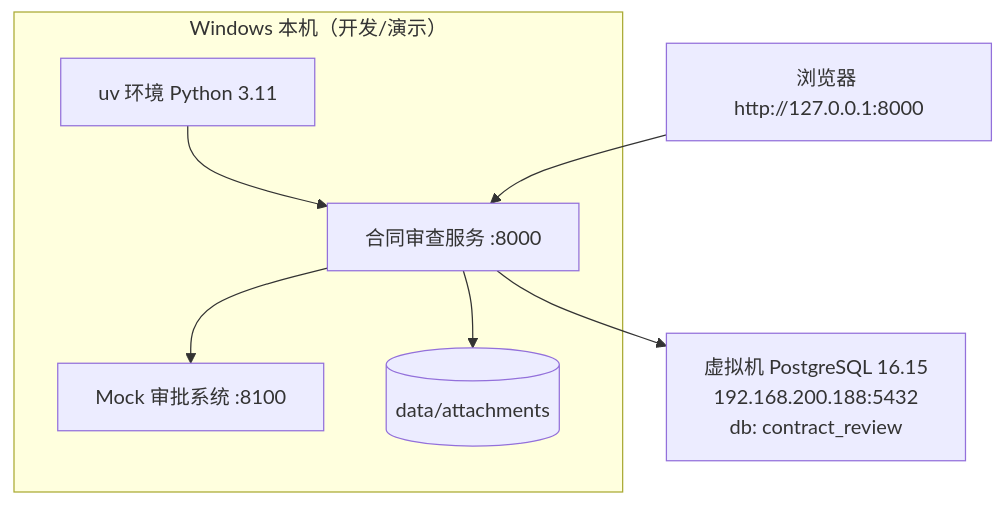
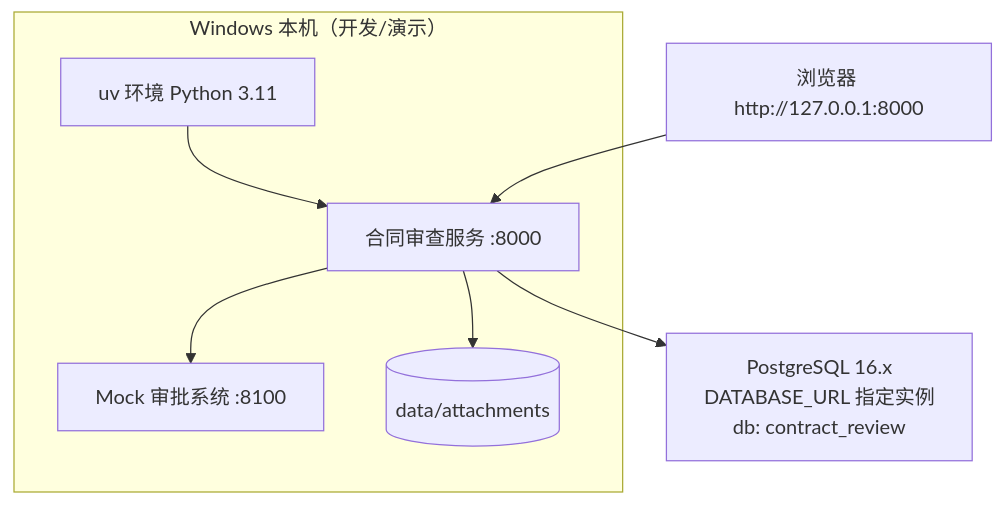
The second of 8 diagrams in docs/项目设计文档.md (pilot696/contract-review-system), drawn with Mermaid before and after one commit. The commit also changed other lines of this file and 9 other files, not shown here.

````diff
--- a/docs/项目设计文档.md
+++ b/docs/项目设计文档.md
@@ -166,15 +166,15 @@
 ```mermaid
 flowchart TB
   subgraph HOST["Windows 本机（开发/演示）"]
     U["uv 环境 Python 3.11"]
     APP["合同审查服务 :8000"]
     MOCK["Mock 审批系统 :8100"]
     FS[("data/attachments")]
     U --> APP
     APP --> FS
     APP --> MOCK
   end
-  VM["虚拟机 PostgreSQL 16.15<br/>192.168.200.188:5432<br/>db: contract_review"]
+  VM["PostgreSQL 16.x<br/>DATABASE_URL 指定实例<br/>db: contract_review"]
   APP --> VM
   BROWSER["浏览器 http://127.0.0.1:8000"] --> APP
 ```
````
